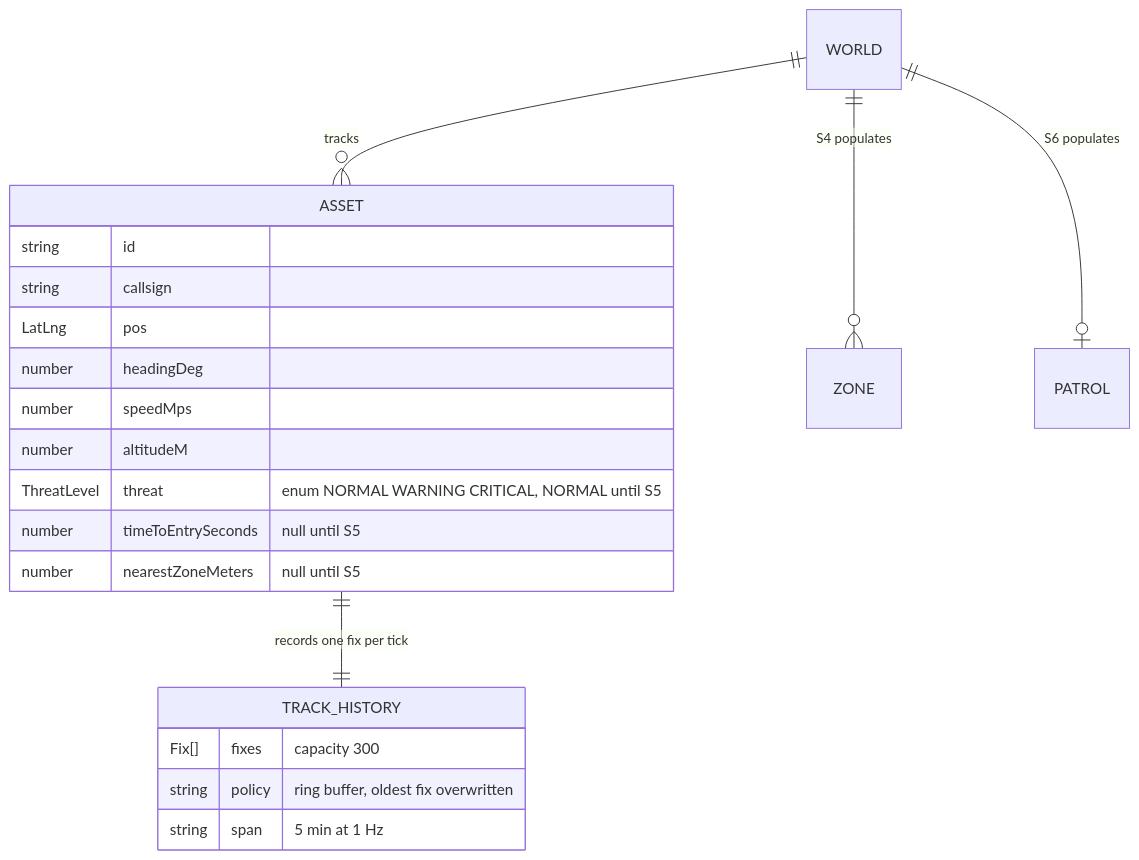
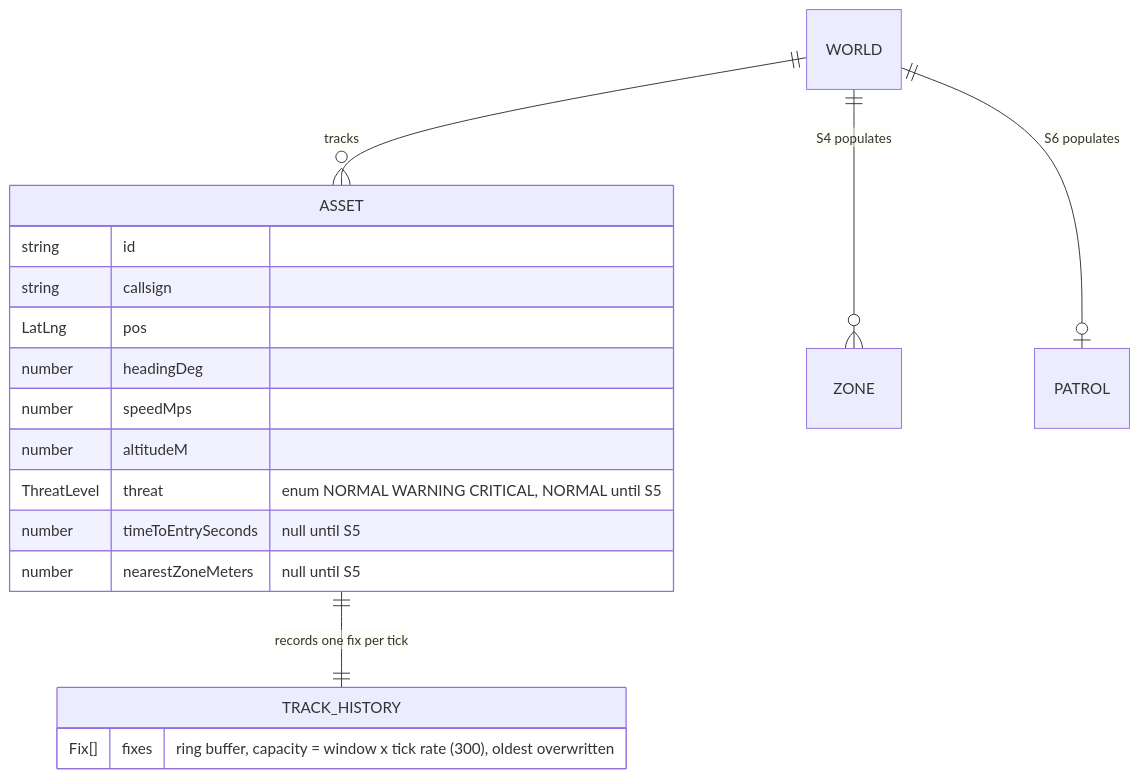
One commit to ayfor/sentinel changed the first of 2 diagrams in docs/stories/S1-world-tick.md. Above: the diagram before and after it, drawn with Mermaid. The commit also changed other lines of this file, not shown here.

First line of the commit message:
S1: honest ERD and fix/track terminology note (operator review)

````diff
--- a/docs/stories/S1-world-tick.md
+++ b/docs/stories/S1-world-tick.md
@@ -34,23 +34,21 @@
 ```mermaid
 erDiagram
     WORLD ||--o{ ASSET : tracks
     ASSET ||--|| TRACK_HISTORY : "records one fix per tick"
     WORLD ||--o{ ZONE : "S4 populates"
     WORLD ||--o| PATROL : "S6 populates"
     ASSET {
         string id
         string callsign
         LatLng pos
         number headingDeg
         number speedMps
         number altitudeM
         ThreatLevel threat "enum NORMAL WARNING CRITICAL, NORMAL until S5"
         number timeToEntrySeconds "null until S5"
         number nearestZoneMeters "null until S5"
     }
     TRACK_HISTORY {
-        Fix[] fixes "capacity 300"
-        string policy "ring buffer, oldest fix overwritten"
-        string span "5 min at 1 Hz"
+        Fix[] fixes "ring buffer, capacity = window x tick rate (300), oldest overwritten"
     }
 ```
````
